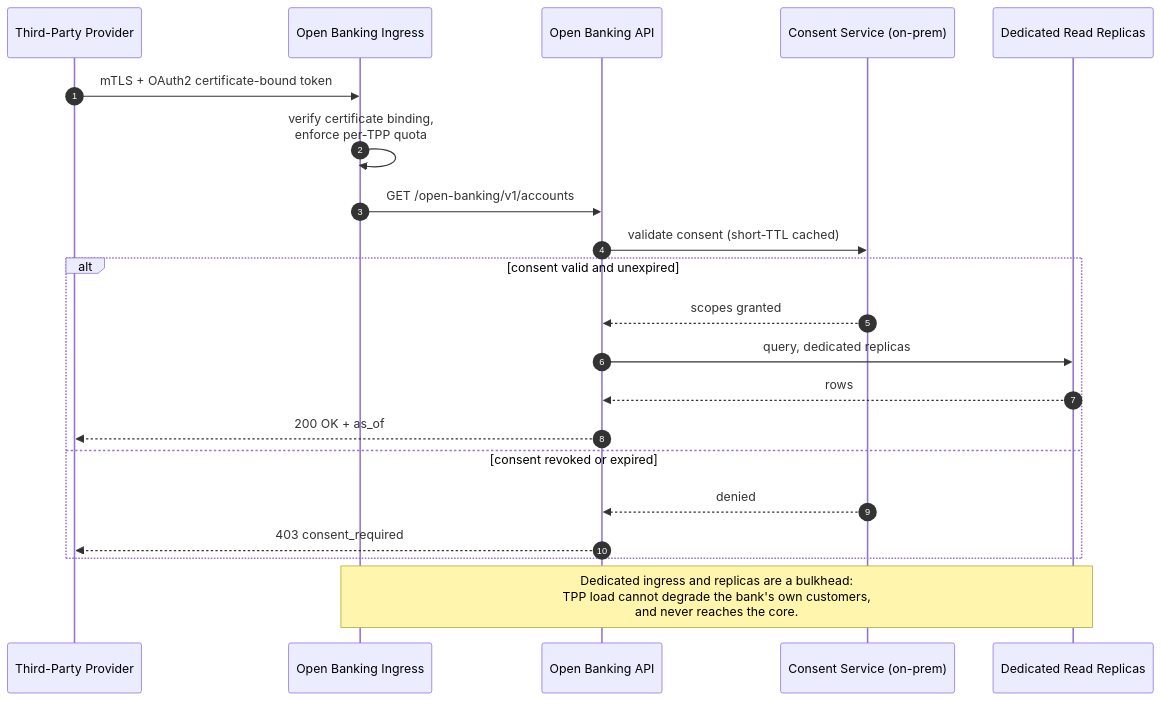
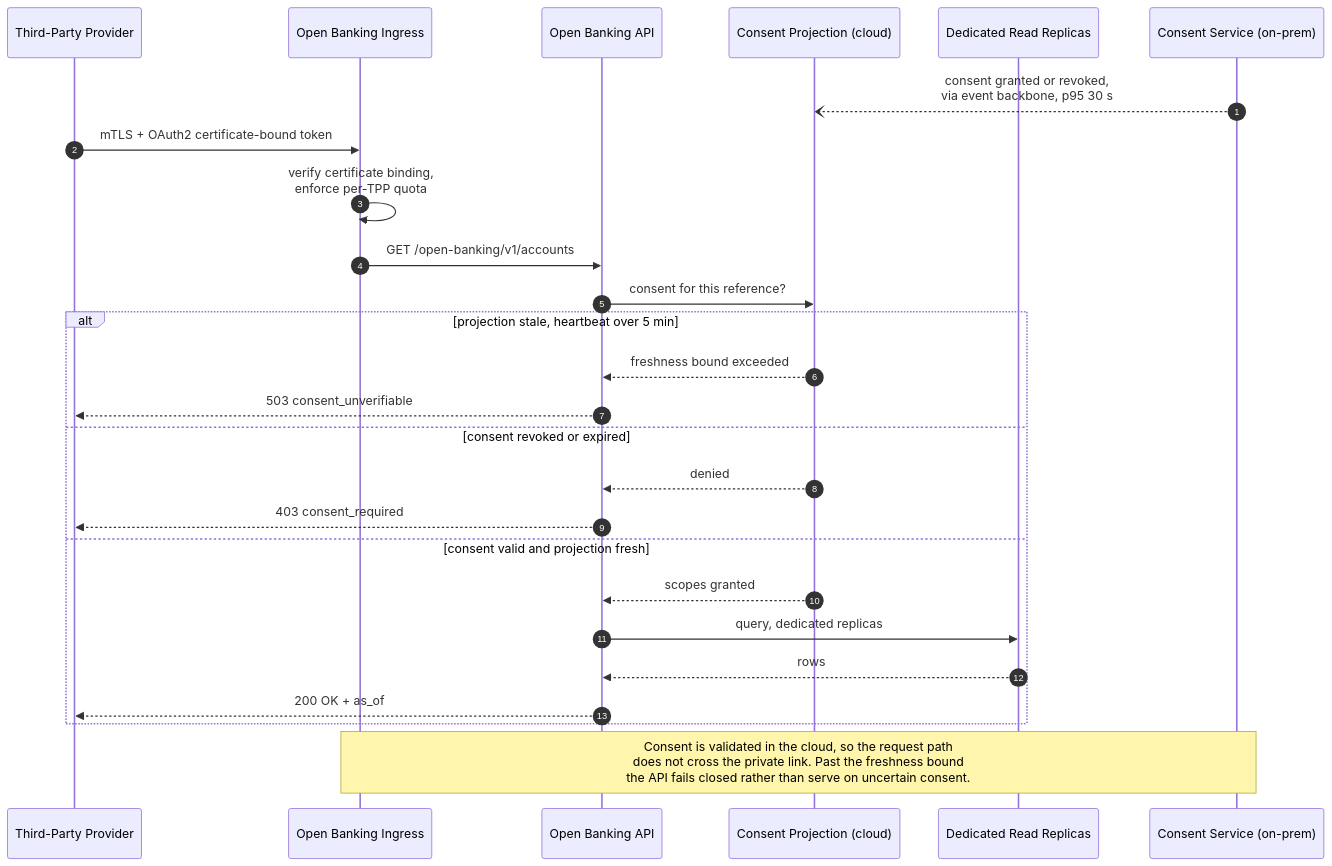
One commit to sunnydubey1111/neobank-digital-leap changed diagram 11 of 15 in docs/solution/diagrams.md. Above: the diagram before and after it, drawn with Mermaid. The commit also changed other lines of this file and 6 other files, not shown here.

First line of the commit message:
Reconcile three architectural contradictions and finish the Word document

````diff
--- a/docs/solution/diagrams.md
+++ b/docs/solution/diagrams.md
@@ -541,25 +551,31 @@
 ```mermaid
 sequenceDiagram
     autonumber
     participant T as Third-Party Provider
     participant OBGW as Open Banking Ingress
     participant OB as Open Banking API
+    participant CP as Consent Projection (cloud)
+    participant RR as Dedicated Read Replicas
     participant CO as Consent Service (on-prem)
-    participant RR as Dedicated Read Replicas
+
+    CO--)CP: consent granted or revoked,<br/>via event backbone, p95 30 s
 
     T->>OBGW: mTLS + OAuth2 certificate-bound token
     OBGW->>OBGW: verify certificate binding,<br/>enforce per-TPP quota
     OBGW->>OB: GET /open-banking/v1/accounts
-    OB->>CO: validate consent (short-TTL cached)
-    alt consent valid and unexpired
-        CO-->>OB: scopes granted
+    OB->>CP: consent for this reference?
+    alt projection stale, heartbeat over 5 min
+        CP-->>OB: freshness bound exceeded
+        OB-->>T: 503 consent_unverifiable
+    else consent revoked or expired
+        CP-->>OB: denied
+        OB-->>T: 403 consent_required
+    else consent valid and projection fresh
+        CP-->>OB: scopes granted
         OB->>RR: query, dedicated replicas
         RR-->>OB: rows
         OB-->>T: 200 OK + as_of
-    else consent revoked or expired
-        CO-->>OB: denied
-        OB-->>T: 403 consent_required
     end
 
-    Note over OBGW,RR: Dedicated ingress and replicas are a bulkhead:<br/>TPP load cannot degrade the bank's own customers,<br/>and never reaches the core.
+    Note over OBGW,CO: Consent is validated in the cloud, so the request path<br/>does not cross the private link. Past the freshness bound<br/>the API fails closed rather than serve on uncertain consent.
 ```
````
